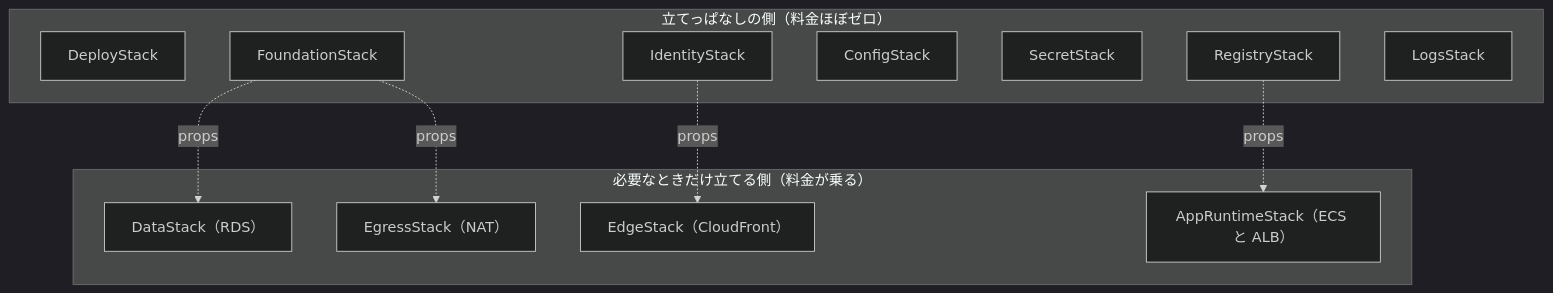
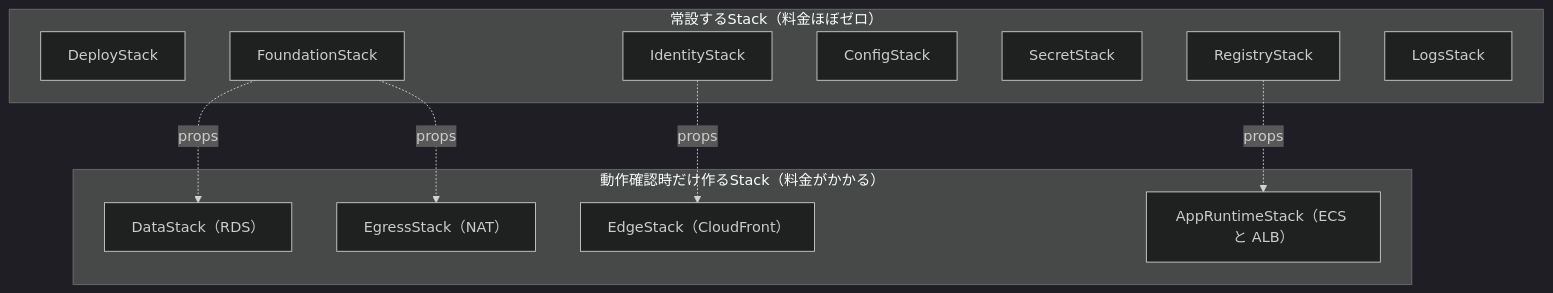
One commit to kyiwanami/zenn-docs changed the third of 8 diagrams in articles/web-server-architecture.md. Above: the diagram before and after it, drawn with Mermaid (dark theme). The commit also changed other lines of this file and 1 other file, not shown here.

````diff
--- a/articles/web-server-architecture.md
+++ b/articles/web-server-architecture.md
@@ -145,22 +145,22 @@
 ```mermaid
 flowchart TB
-  subgraph Keep["立てっぱなしの側（料金ほぼゼロ）"]
+  subgraph Keep["常設するStack（料金ほぼゼロ）"]
     Deploy["DeployStack"]
     Foundation["FoundationStack"]
     Identity["IdentityStack"]
     Config["ConfigStack"]
     Secret["SecretStack"]
     Registry["RegistryStack"]
     Logs["LogsStack"]
   end
-  subgraph Destroy["必要なときだけ立てる側（料金が乗る）"]
+  subgraph Destroy["動作確認時だけ作るStack（料金がかかる）"]
     Data["DataStack（RDS）"]
     Egress["EgressStack（NAT）"]
     Edge["EdgeStack（CloudFront）"]
     AppRuntime["AppRuntimeStack（ECS と ALB）"]
   end
   Foundation -. "props" .-> Data
   Foundation -. "props" .-> Egress
   Identity -. "props" .-> Edge
   Registry -. "props" .-> AppRuntime
 ```
````
